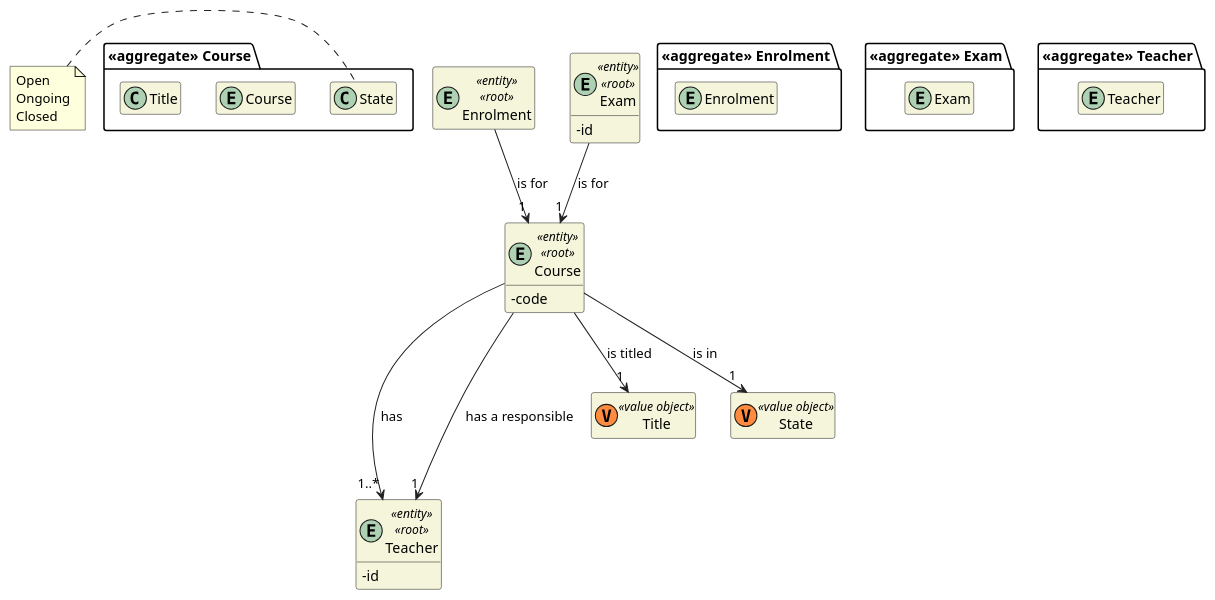
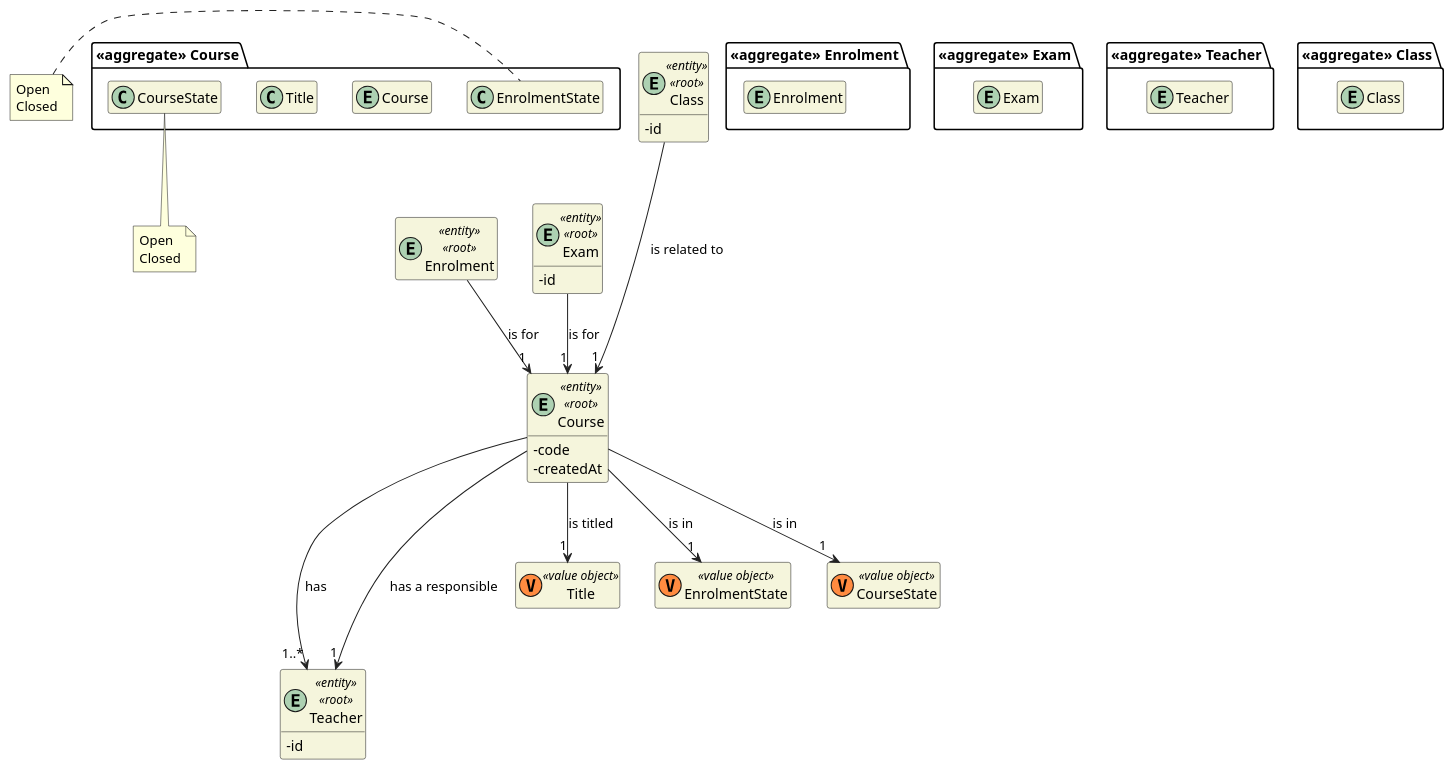
One commit to miseEnPlace-dev/lapr4 changed the diagram in docs/DM/DM_Course.puml. Above: the diagram before and after it, drawn with PlantUML. The commit also changed 20 other files, not shown here.

```diff
--- a/docs/DM/DM_Course.puml
+++ b/docs/DM/DM_Course.puml
@@ -1,58 +1,73 @@
 @startuml DM-COURSE
 'https://plantuml.com/class-diagram
 
 skinparam classAttributeIconSize 0
 hide empty attributes
 hide empty methods
 skinparam classBackgroundColor beige
 skinparam ArrowColor #222222
 
 package "<<aggregate>> Course" {
     entity Course
 
     class Title
-    class State
+    class EnrolmentState
+    class CourseState
 }
 
 package "<<aggregate>> Enrolment" {
     entity Enrolment
 }
 
 entity Course <<entity>> <<root>> {
     - code
+    - createdAt
 }
 
 entity Enrolment <<entity>> <<root>> {
 }
 
 package "<<aggregate>> Exam" {
     entity Exam
 }
 
 entity Exam <<entity>> <<root>> {
   -id
 }
 
 package "<<aggregate>> Teacher" {
     entity Teacher
 }
 
 entity Teacher <<entity>> <<root>> {
     -id
 }
 
-note left of State : Open\nOngoing\nClosed
+package "<<aggregate>> Class" {
+    entity Class
+}
+
+entity Class <<entity>> <<root>> {
+    -id
+}
+
+note left of EnrolmentState : Open\nClosed
+note bottom of CourseState : Open\nClosed
 
 class Title <<(V,#FF8B40) value object>> {}
-class State <<(V,#FF8B40) value object>> {}
+class EnrolmentState <<(V,#FF8B40) value object>> {}
+class CourseState <<(V,#FF8B40) value object>> {}
 
 Course --> "1" Title : is titled
-Course --> "1" State : is in
+Course --> "1" EnrolmentState : is in
 Course ---> "1..*" Teacher : has
 Course --> "1" Teacher : has a responsible
+Course --> "1" CourseState : is in
 
 Enrolment --> "1" Course : is for
 
 Exam --> "1" Course : is for
 
+Class ---> "1" Course : is related to
+
 @enduml
```
